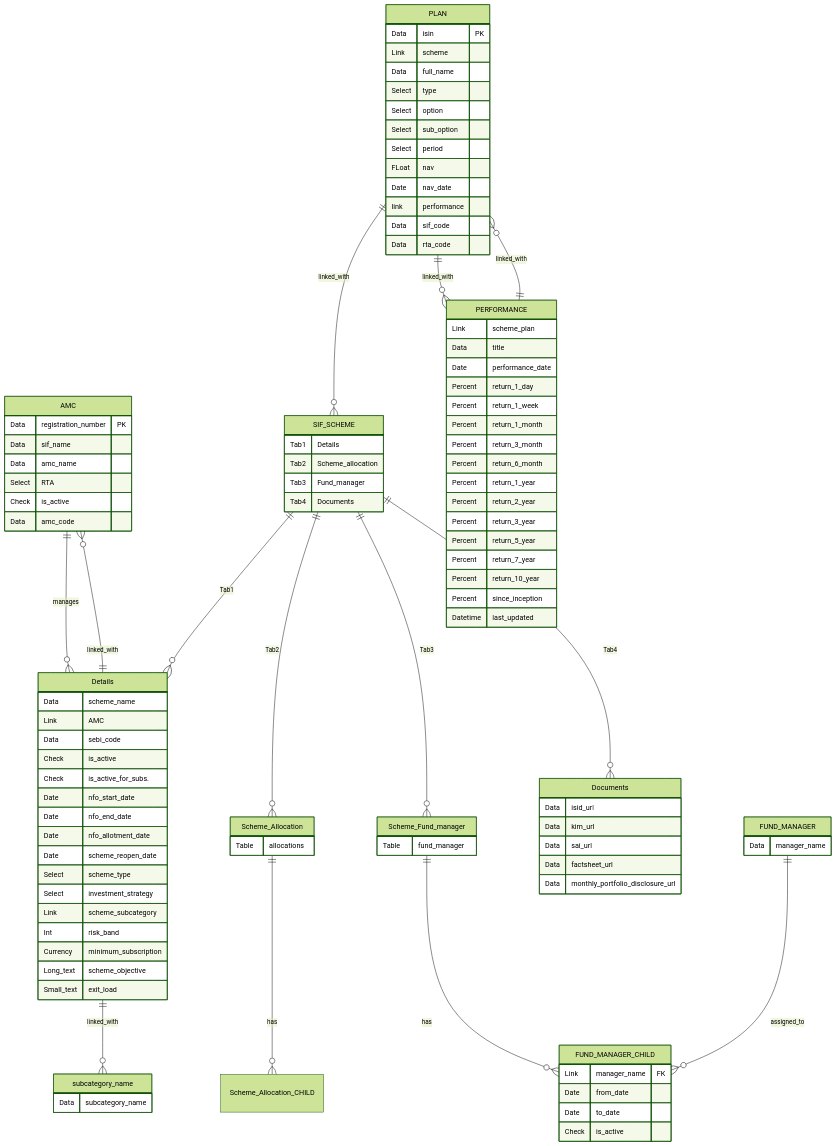
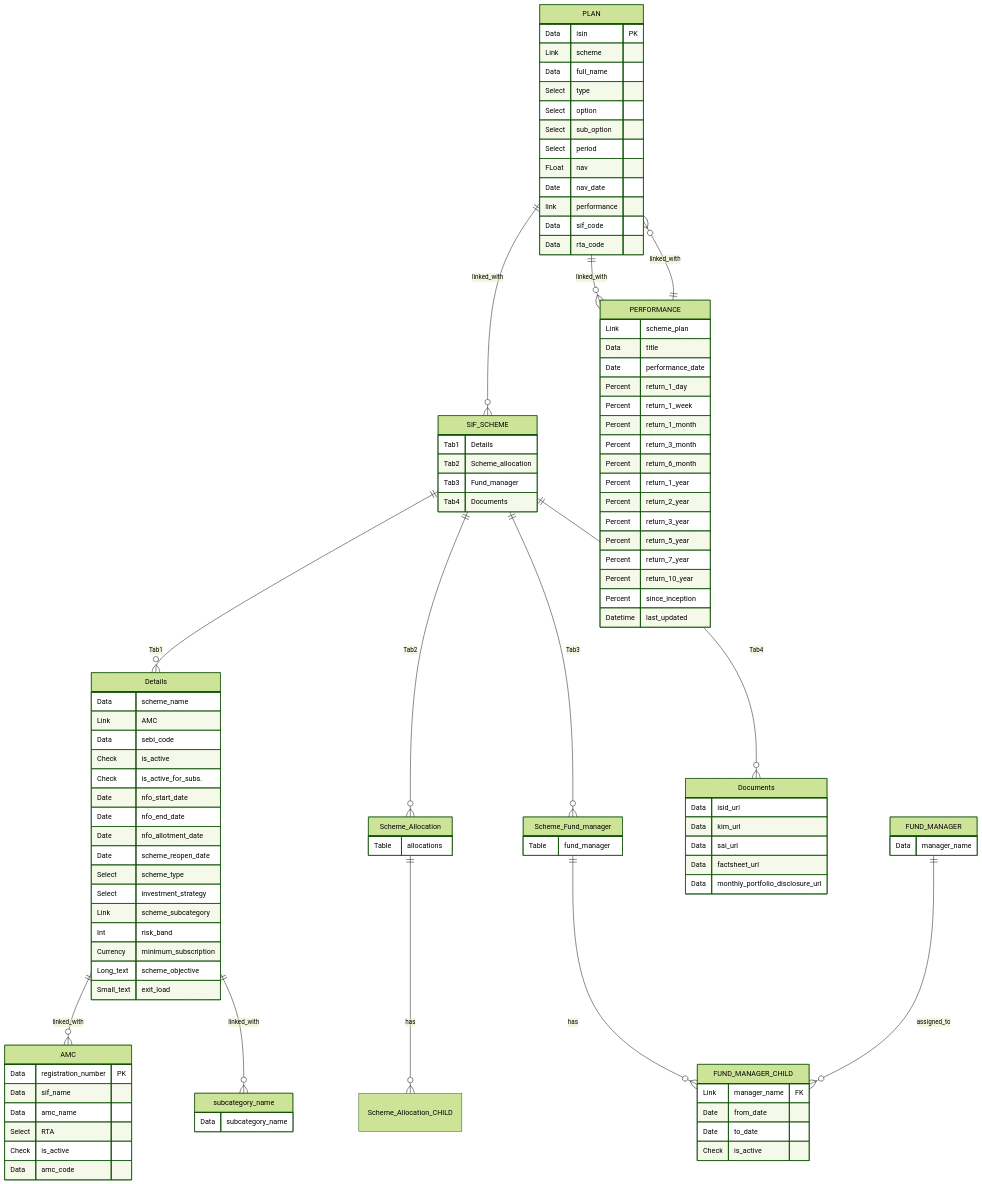
One commit to Satyam4755/My_SIF changed the diagram in sif_app/DOCTYPE architecture ER diagram.md. Above: the diagram before and after it, drawn with Mermaid (forest theme).

Commit message:
Update DOCTYPE architecture ER diagram.md

````diff
--- a/sif_app/DOCTYPE architecture ER diagram.md
+++ b/sif_app/DOCTYPE architecture ER diagram.md
@@ -4,7 +4,5 @@
 ```mermaid
 erDiagram
-
-    AMC ||--o{ Details : manages
     
     Details ||--o{ AMC : linked_with
     Details ||--o{ subcategory_name : linked_with
````
